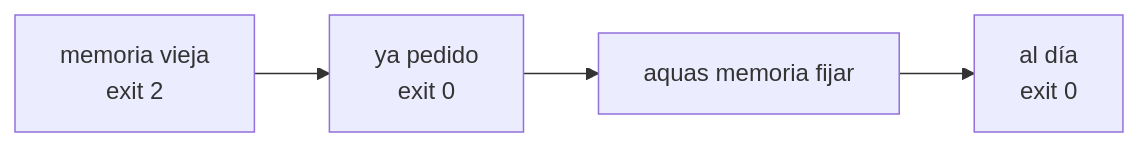
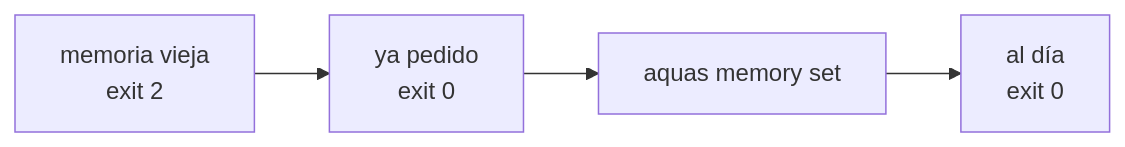
The second of 2 diagrams in docs/E001/F005/S002.md (jliberal-aquas/aquas-central-harness-government), drawn with Mermaid before and after one commit. The commit also changed other lines of this file and 184 other files, not shown here.

````diff
--- a/docs/E001/F005/S002.md
+++ b/docs/E001/F005/S002.md
@@ -170,6 +170,6 @@
 ```mermaid
 flowchart LR
     V["memoria vieja<br/>exit 2"] --> P["ya pedido<br/>exit 0"]
-    P --> F["aquas memoria fijar"]
+    P --> F["aquas memory set"]
     F --> D["al día<br/>exit 0"]
 ```
````
